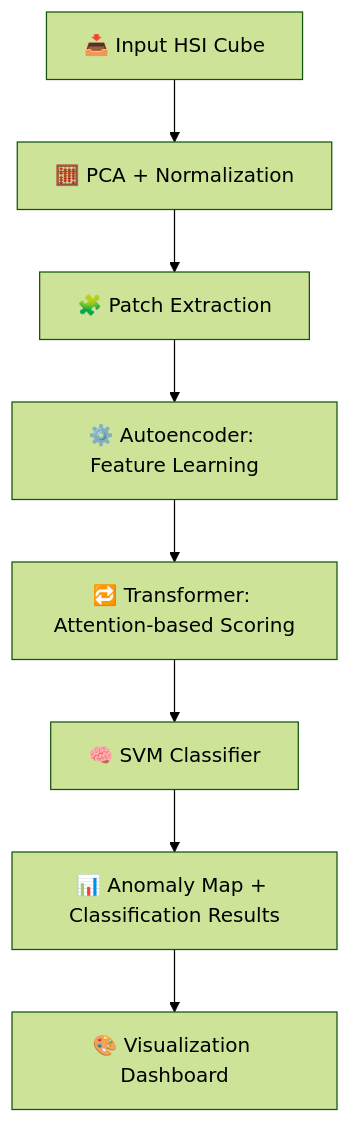
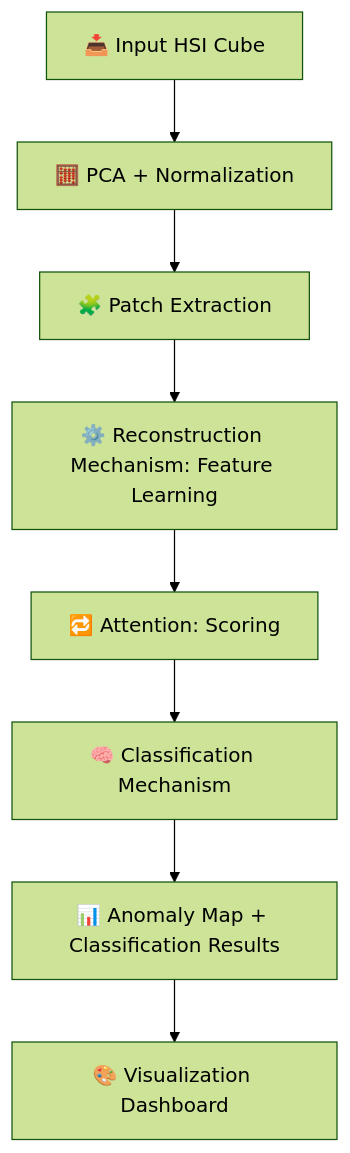
The diagram in README.md (kartik-kumar-pandey/SarvekshanSaathi), drawn with Mermaid (forest theme) before and after one commit. The commit also changed other lines of this file and 42 other files, not shown here.

````diff
--- a/README.md
+++ b/README.md
@@ -131,10 +131,10 @@
 ```mermaid
 flowchart TD
     A[📥 Input HSI Cube] --> B[🧮 PCA + Normalization]
     B --> C[🧩 Patch Extraction]
-    C --> D[⚙️ Autoencoder: Feature Learning]
-    D --> E[🔁 Transformer: Attention-based Scoring]
-    E --> F[🧠 SVM Classifier]
+    C --> D[⚙️ Reconstruction Mechanism: Feature Learning]
+    D --> E[🔁 Attention: Scoring]
+    E --> F[🧠 Classification Mechanism]
     F --> G[📊 Anomaly Map + Classification Results]
     G --> H[🎨 Visualization Dashboard]
 ```
````
